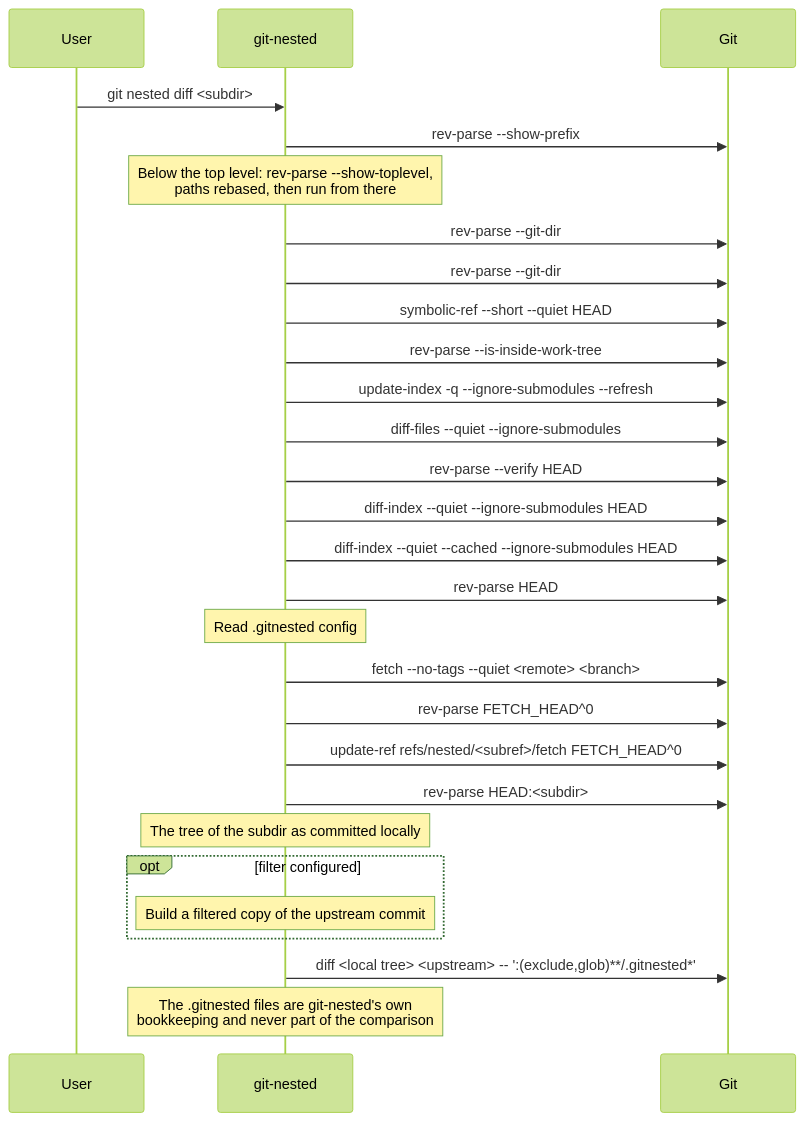
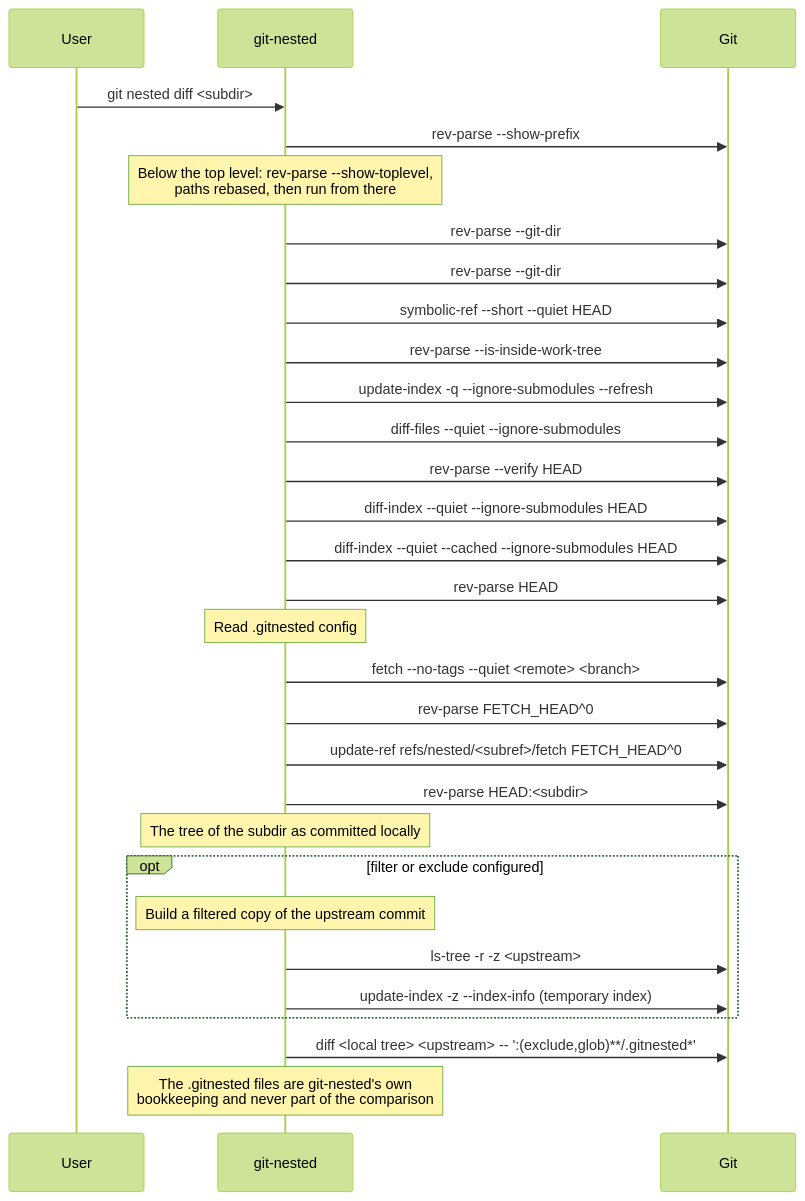
Diagram 11 of 14 in docs/diagrams.md (thorsten-klein/git-nested), drawn with Mermaid (forest theme) before and after one commit. The commit also changed other lines of this file and 14 other files, not shown here.

First line of the commit message:
feat: leave paths of upstream out with `--exclude`; `push` no longer deletes what a filter leaves out (#143)

````diff
--- a/docs/diagrams.md
+++ b/docs/diagrams.md
@@ -663,35 +669,37 @@
 ```mermaid
 sequenceDiagram
     participant User
     participant git-nested
     participant Git
 
     User->>git-nested: git nested diff <subdir>
     git-nested->>Git: rev-parse --show-prefix
     Note over git-nested: Below the top level: rev-parse --show-toplevel,<br/>paths rebased, then run from there
     git-nested->>Git: rev-parse --git-dir
     git-nested->>Git: rev-parse --git-dir
     git-nested->>Git: symbolic-ref --short --quiet HEAD
     git-nested->>Git: rev-parse --is-inside-work-tree
     git-nested->>Git: update-index -q --ignore-submodules --refresh
     git-nested->>Git: diff-files --quiet --ignore-submodules
     git-nested->>Git: rev-parse --verify HEAD
     git-nested->>Git: diff-index --quiet --ignore-submodules HEAD
     git-nested->>Git: diff-index --quiet --cached --ignore-submodules HEAD
     git-nested->>Git: rev-parse HEAD
     Note over git-nested: Read .gitnested config
 
     git-nested->>Git: fetch --no-tags --quiet <remote> <branch>
     git-nested->>Git: rev-parse FETCH_HEAD^0
     git-nested->>Git: update-ref refs/nested/<subref>/fetch FETCH_HEAD^0
 
     git-nested->>Git: rev-parse HEAD:<subdir>
     Note over git-nested: The tree of the subdir as committed locally
 
-    opt filter configured
+    opt filter or exclude configured
         Note over git-nested: Build a filtered copy of the upstream commit
+        git-nested->>Git: ls-tree -r -z <upstream>
+        git-nested->>Git: update-index -z --index-info (temporary index)
     end
 
     git-nested->>Git: diff <local tree> <upstream> -- ':(exclude,glob)**/.gitnested*'
     Note over git-nested: The .gitnested files are git-nested's own<br/>bookkeeping and never part of the comparison
 ```
````
